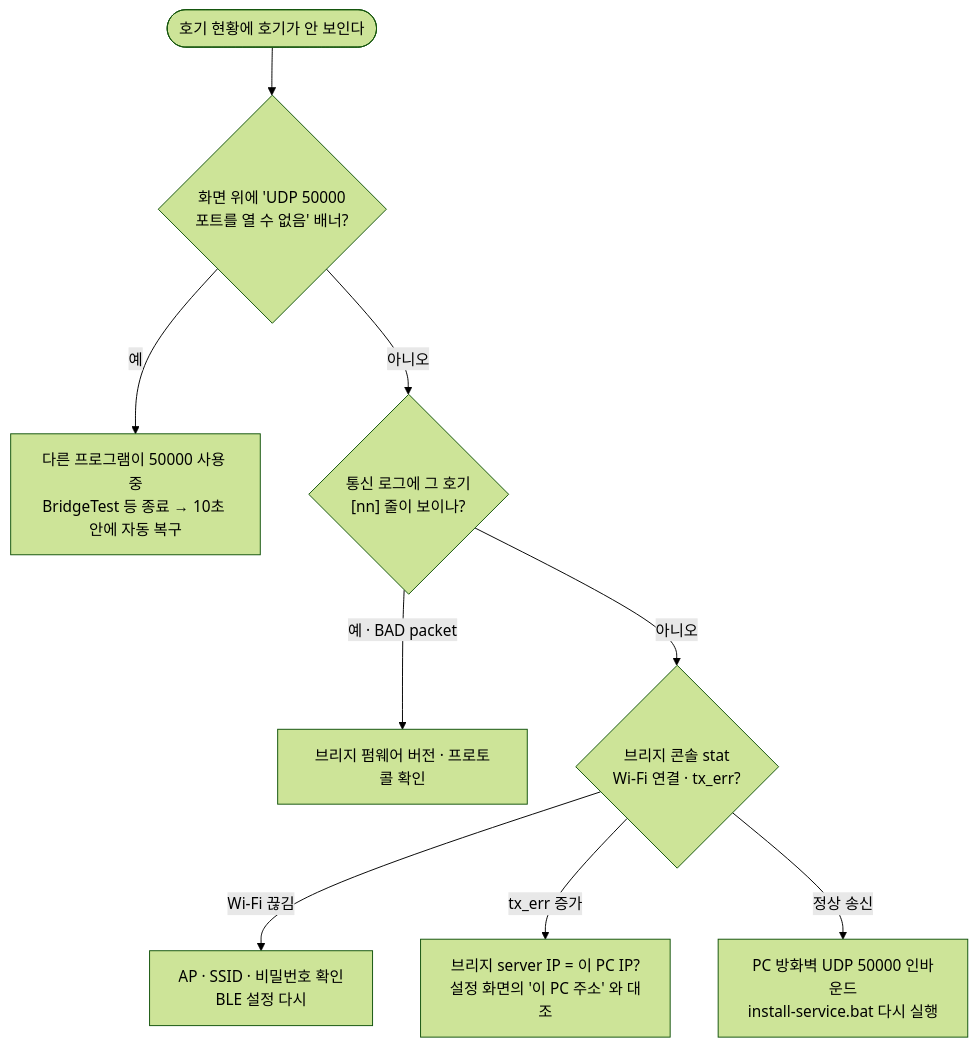
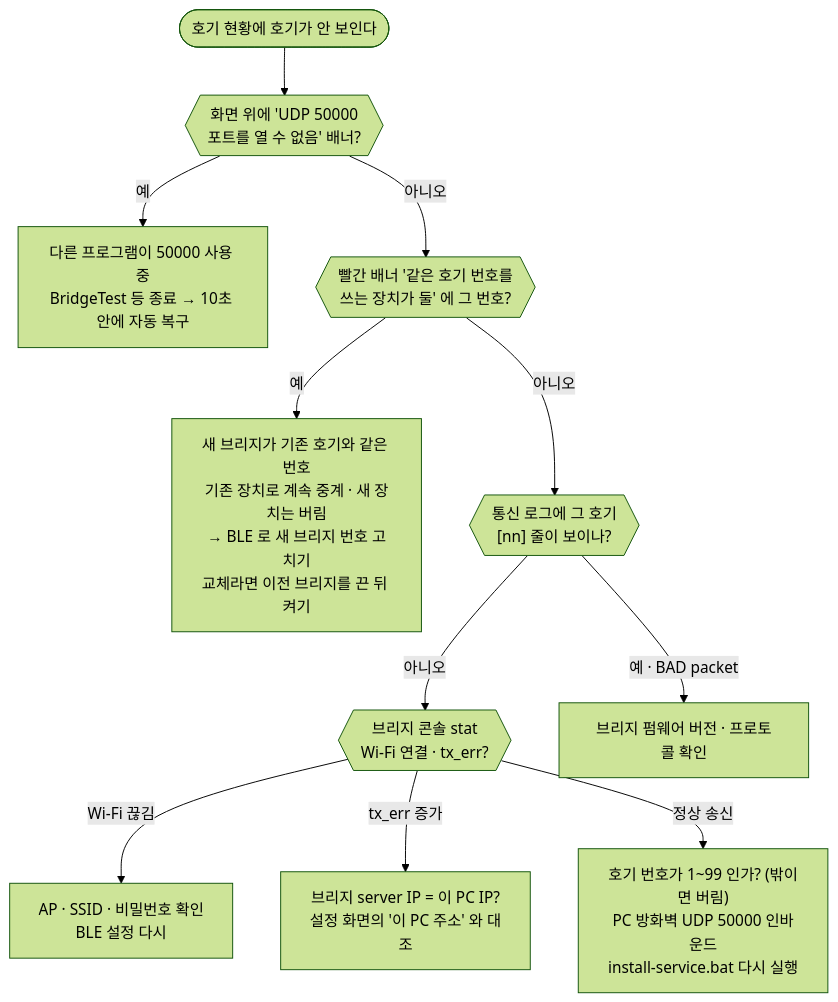
One commit to Leepy0/AGV_FOTA_GATEWAY changed the diagram in docs/diagrams/troubleshoot-agv-missing.mmd. Above: the diagram before and after it, drawn with Mermaid (forest theme). The commit also changed 34 other files, not shown here.

```diff
--- a/docs/diagrams/troubleshoot-agv-missing.mmd
+++ b/docs/diagrams/troubleshoot-agv-missing.mmd
@@ -1,9 +1,11 @@
 flowchart TD
-  Q(["호기 현황에 호기가 안 보인다"]) --> B1{"화면 위에 'UDP 50000<br/>포트를 열 수 없음' 배너?"}
+  Q(["호기 현황에 호기가 안 보인다"]) --> B1{{"화면 위에 'UDP 50000<br/>포트를 열 수 없음' 배너?"}}
   B1 -- 예 --> F1["다른 프로그램이 50000 사용 중<br/>BridgeTest 등 종료 → 10초 안에 자동 복구"]
-  B1 -- 아니오 --> B2{"통신 로그에 그 호기<br/>[nn] 줄이 보이나?"}
+  B1 -- 아니오 --> B0{{"빨간 배너 '같은 호기 번호를<br/>쓰는 장치가 둘' 에 그 번호?"}}
+  B0 -- 예 --> F0["새 브리지가 기존 호기와 같은 번호<br/>기존 장치로 계속 중계 · 새 장치는 버림<br/>→ BLE 로 새 브리지 번호 고치기<br/>교체라면 이전 브리지를 끈 뒤 켜기"]
+  B0 -- 아니오 --> B2{{"통신 로그에 그 호기<br/>[nn] 줄이 보이나?"}}
+  B2 -- 아니오 --> B3{{"브리지 콘솔 stat<br/>Wi-Fi 연결 · tx_err?"}}
   B2 -- "예 · BAD packet" --> F2["브리지 펌웨어 버전 · 프로토콜 확인"]
-  B2 -- 아니오 --> B3{"브리지 콘솔 stat<br/>Wi-Fi 연결 · tx_err?"}
   B3 -- "Wi-Fi 끊김" --> F3["AP · SSID · 비밀번호 확인<br/>BLE 설정 다시"]
   B3 -- "tx_err 증가" --> F4["브리지 server IP = 이 PC IP?<br/>설정 화면의 '이 PC 주소' 와 대조"]
-  B3 -- "정상 송신" --> F5["PC 방화벽 UDP 50000 인바운드<br/>install-service.bat 다시 실행"]
+  B3 -- "정상 송신" --> F5["호기 번호가 1~99 인가? (밖이면 버림)<br/>PC 방화벽 UDP 50000 인바운드<br/>install-service.bat 다시 실행"]
```
